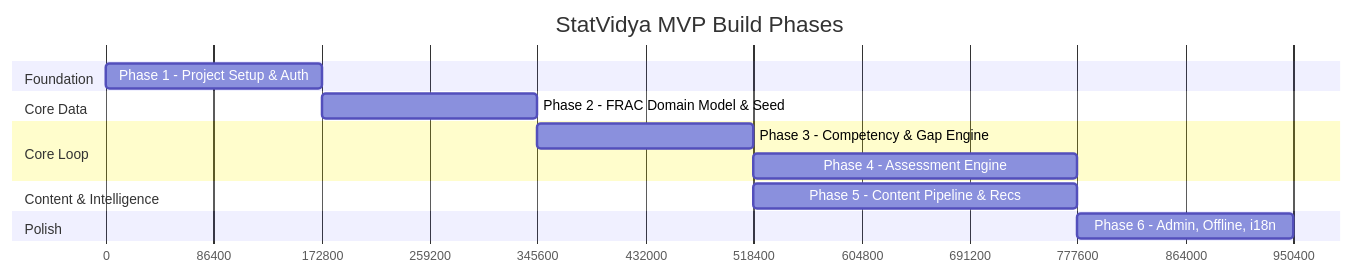
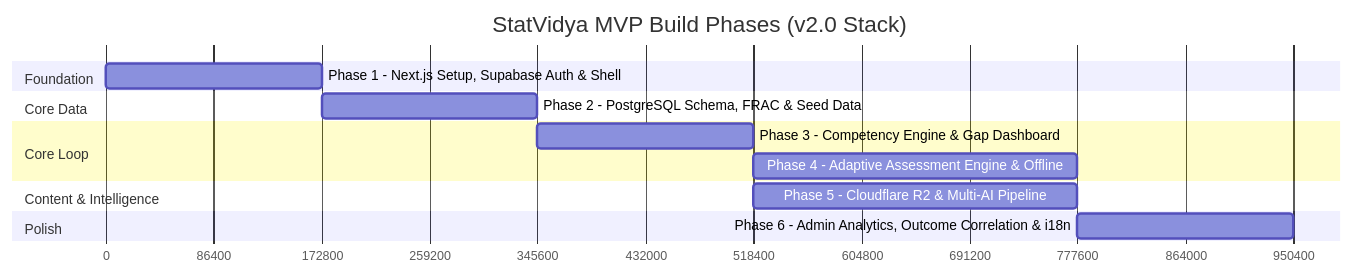
Before and after one commit to StudyApp-Project/SiH: the diagram in Phases.md, drawn with Mermaid. The commit also changed other lines of this file and 7 other files, not shown here.

Commit message:
docs: update architecture documentation to v2.0 reflecting the pivot from Firebase to Supabase and Next.js 15

````diff
--- a/Phases.md
+++ b/Phases.md
@@ -17,22 +17,22 @@
 ```mermaid
 gantt
-    title StatVidya MVP Build Phases
+    title StatVidya MVP Build Phases (v2.0 Stack)
     dateFormat X
     axisFormat %s
     
     section Foundation
-    Phase 1 - Project Setup & Auth     :p1, 0, 2d
+    Phase 1 - Next.js Setup, Supabase Auth & Shell  :p1, 0, 2d
     
     section Core Data
-    Phase 2 - FRAC Domain Model & Seed :p2, after p1, 2d
+    Phase 2 - PostgreSQL Schema, FRAC & Seed Data   :p2, after p1, 2d
     
     section Core Loop
-    Phase 3 - Competency & Gap Engine  :p3, after p2, 2d
-    Phase 4 - Assessment Engine        :p4, after p3, 3d
+    Phase 3 - Competency Engine & Gap Dashboard     :p3, after p2, 2d
+    Phase 4 - Adaptive Assessment Engine & Offline  :p4, after p3, 3d
     
     section Content & Intelligence
-    Phase 5 - Content Pipeline & Recs  :p5, after p3, 3d
+    Phase 5 - Cloudflare R2 & Multi-AI Pipeline    :p5, after p3, 3d
     
     section Polish
-    Phase 6 - Admin, Offline, i18n     :p6, after p4, 2d
+    Phase 6 - Admin Analytics, Outcome Correlation & i18n :p6, after p4, 2d
 ```
````
